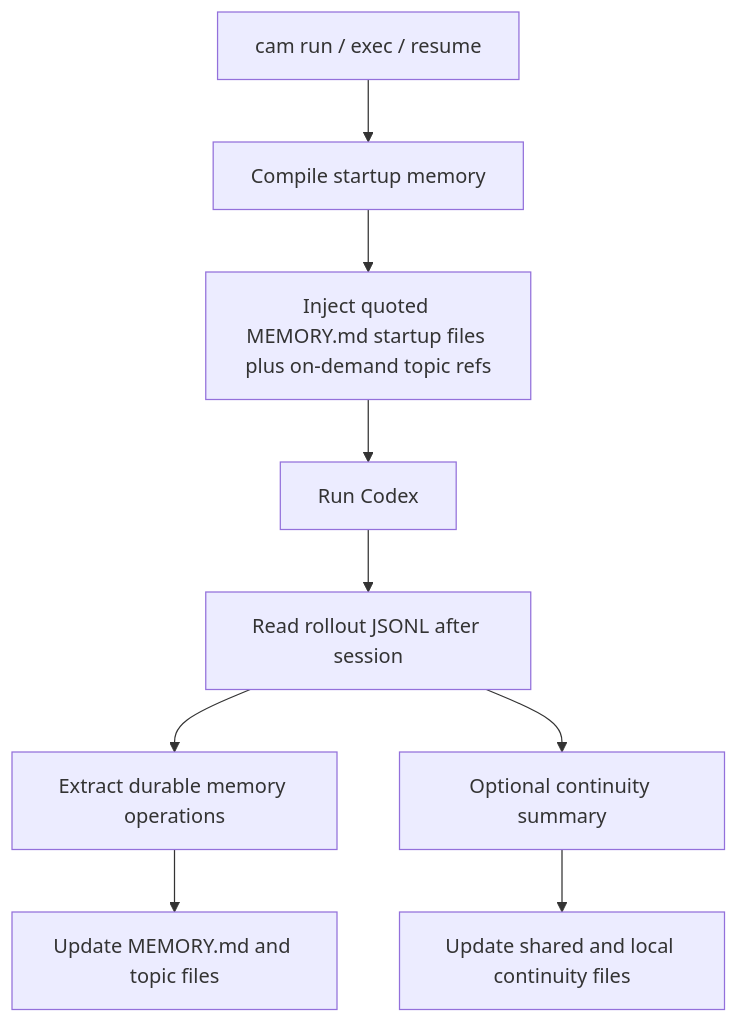
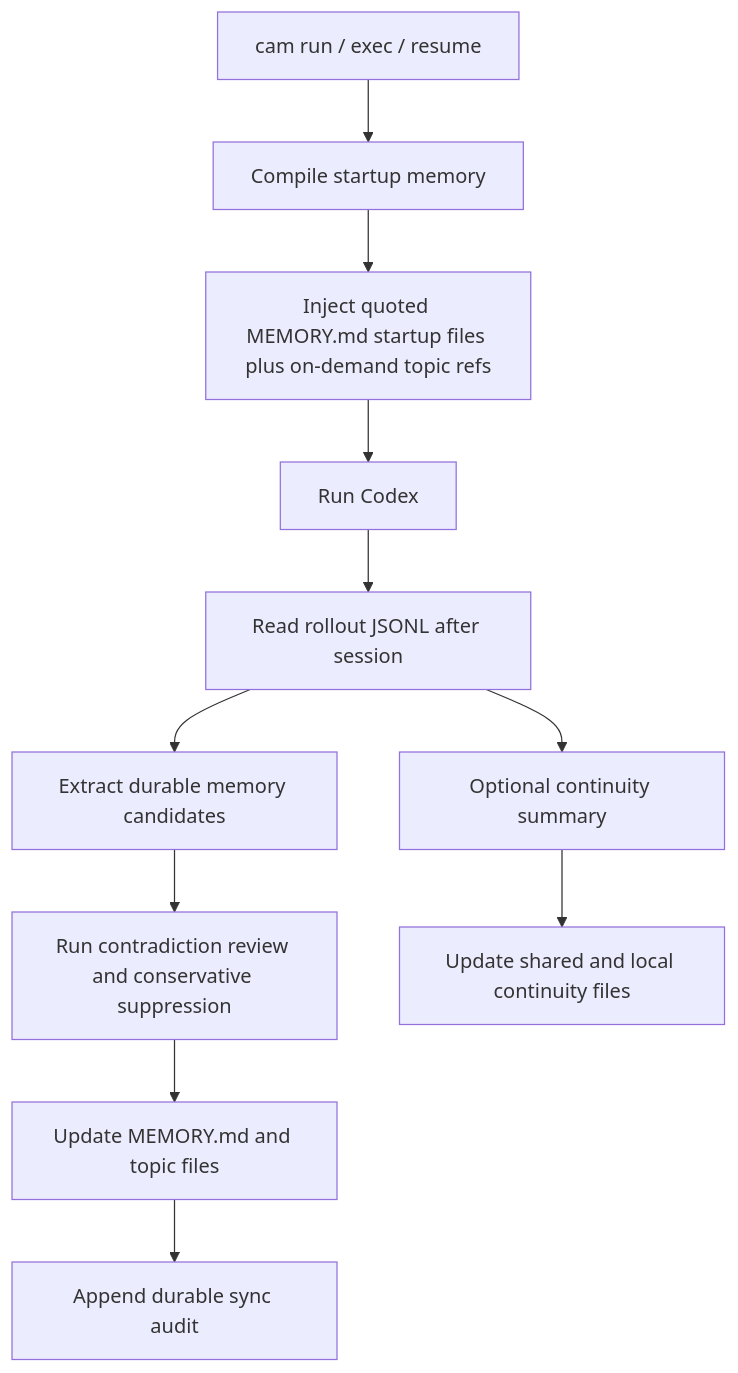
Before and after one commit to Boulea7/Codex-Auto-Memory: the diagram in docs/architecture.en.md, drawn with Mermaid. The commit also changed other lines of this file and 28 other files, not shown here.

````diff
--- a/docs/architecture.en.md
+++ b/docs/architecture.en.md
@@ -28,11 +28,13 @@
 ```mermaid
 flowchart TD
     A[cam run / exec / resume] --> B[Compile startup memory]
     B --> C[Inject quoted MEMORY.md startup files plus on-demand topic refs]
     C --> D[Run Codex]
     D --> E[Read rollout JSONL after session]
-    E --> F[Extract durable memory operations]
+    E --> F[Extract durable memory candidates]
     E --> G[Optional continuity summary]
-    F --> H[Update MEMORY.md and topic files]
-    G --> I[Update shared and local continuity files]
+    F --> H[Run contradiction review and conservative suppression]
+    H --> I[Update MEMORY.md and topic files]
+    I --> J[Append durable sync audit]
+    G --> K[Update shared and local continuity files]
 ```
````
